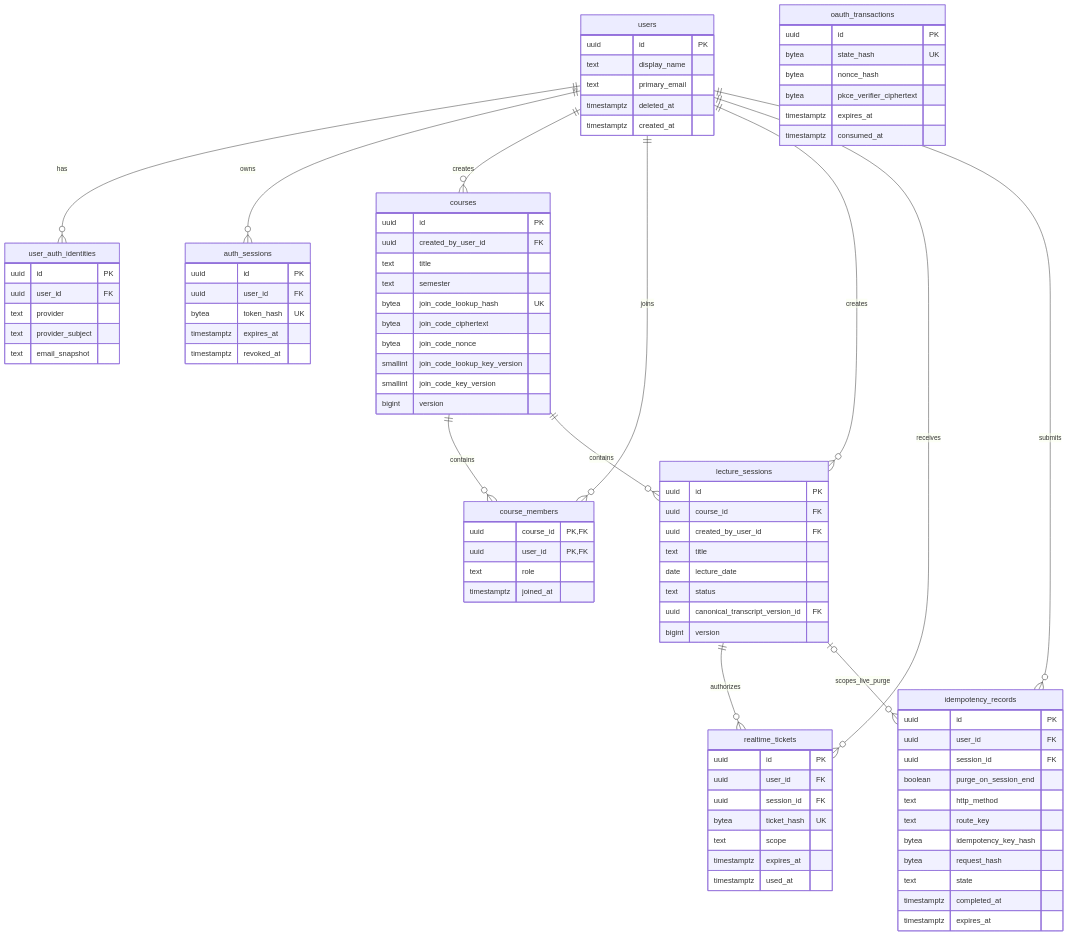
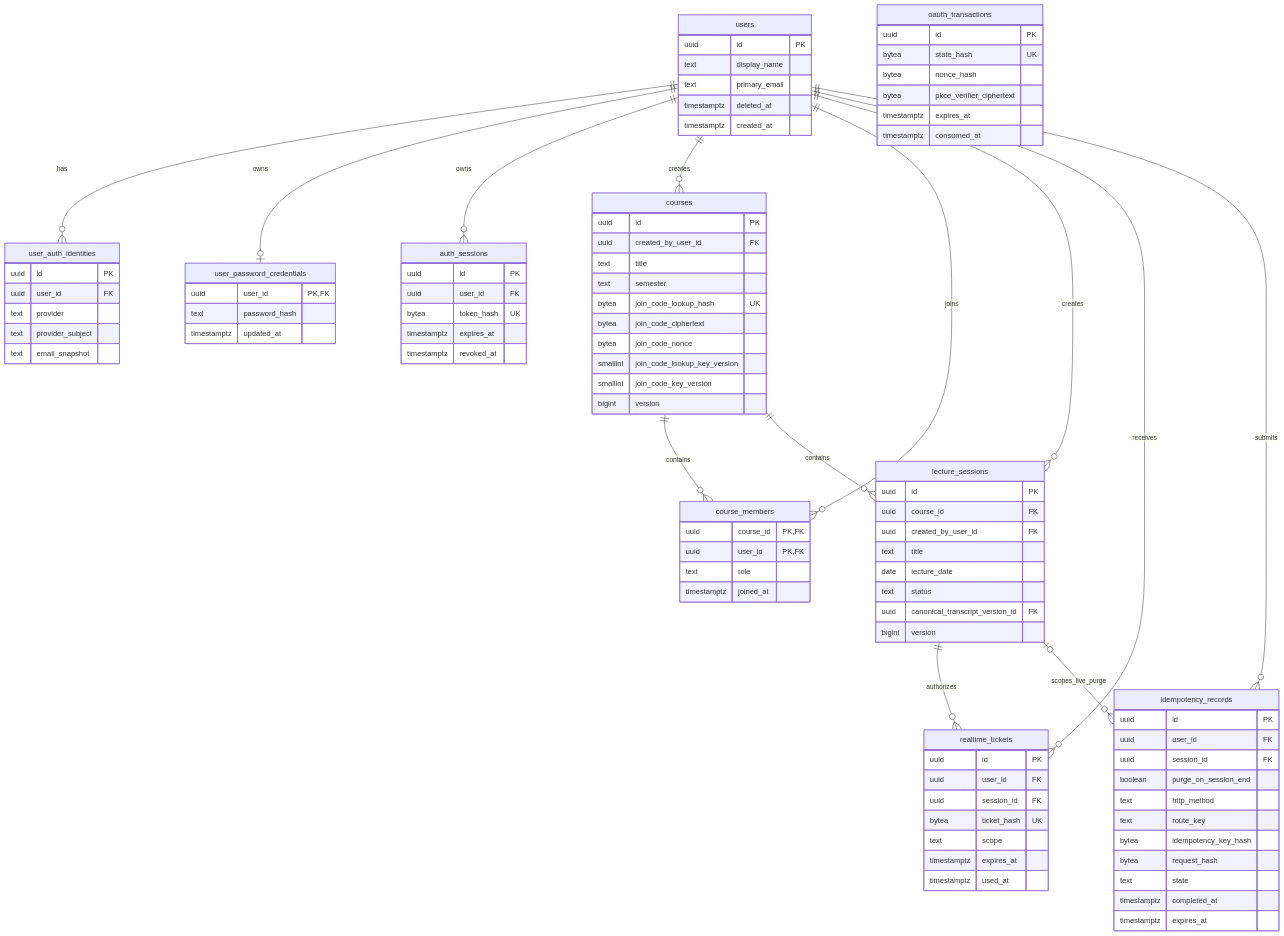
One commit to madcamp-official/26s-w2-c2-08 changed the first of 5 diagrams in docs/database/ERD.md. Above: the diagram before and after it, drawn with Mermaid. The commit also changed other lines of this file and 30 other files, not shown here.

```diff
--- a/docs/database/ERD.md
+++ b/docs/database/ERD.md
@@ -39,6 +39,12 @@
         text provider
         text provider_subject
         text email_snapshot
+    }
+
+    userPasswordCredentials["user_password_credentials"] {
+        uuid user_id PK,FK
+        text password_hash
+        timestamptz updated_at
     }
 
     authSessions["auth_sessions"] {
@@ -114,6 +120,7 @@
     }
 
     users ||--o{ userAuthIdentities : has
+    users ||--o| userPasswordCredentials : owns
     users ||--o{ authSessions : owns
     users ||--o{ courses : creates
     users ||--o{ courseMembers : joins
```
